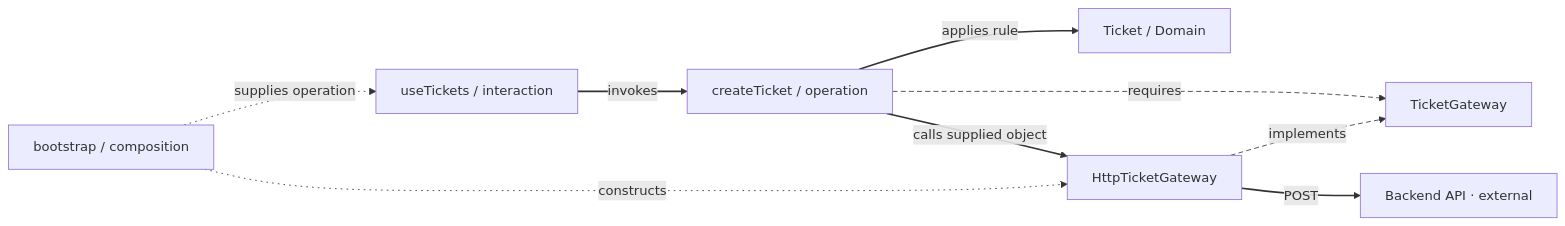
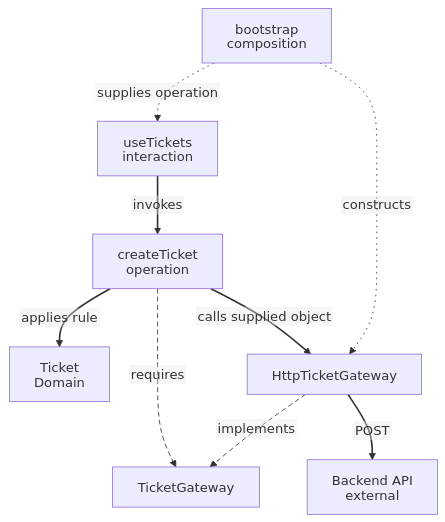
Before and after one commit to AndresTaoFlorez/software-architecture: the diagram in architecture/frontend/ports-and-adapters.md, drawn with Mermaid. The commit also changed other lines of this file and 79 other files, not shown here.

````diff
--- a/architecture/frontend/ports-and-adapters.md
+++ b/architecture/frontend/ports-and-adapters.md
@@ -15,14 +32,15 @@
 ```mermaid
-flowchart LR
-    H["useTickets / interaction"] -->|"invokes"| U["createTicket / operation"]
-    U -->|"applies rule"| D["Ticket / Domain"]
+%%{init: {"htmlLabels": false, "flowchart": {"htmlLabels": false, "nodeSpacing": 28, "rankSpacing": 48, "diagramPadding": 20, "wrappingWidth": 280}, "sequence": {"wrap": true, "diagramMarginX": 20, "diagramMarginY": 20}}}%%
+flowchart TB
+    H["useTickets<br/>interaction"] -->|"invokes"| U["createTicket<br/>operation"]
+    U -->|"applies rule"| D["Ticket<br/>Domain"]
     U -->|"calls supplied object"| I["HttpTicketGateway"]
-    I -->|"POST"| API["Backend API · external"]
+    I -->|"POST"| API["Backend API<br/>external"]
     U -.->|"requires"| P["TicketGateway"]
     I -.->|"implements"| P
-    C["bootstrap / composition"] -.->|"constructs"| I
+    C["bootstrap<br/>composition"] -.->|"constructs"| I
     C -.->|"supplies operation"| H
     linkStyle 0,1,2,3 stroke-width:2px
     linkStyle 4,5 stroke-width:1px,stroke-dasharray:6 4
     linkStyle 6,7 stroke-width:1px,stroke-dasharray:2 5
 ```
````
